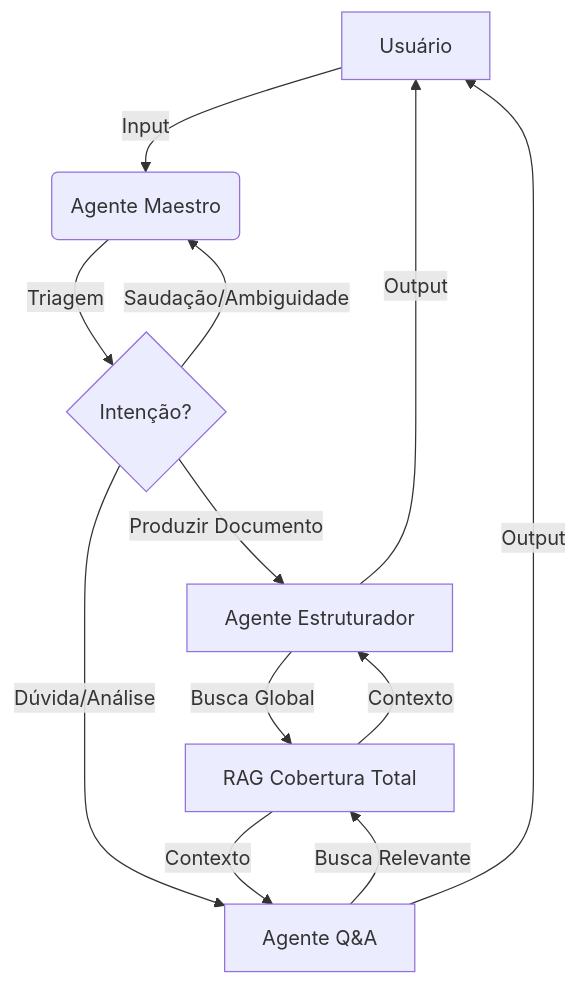
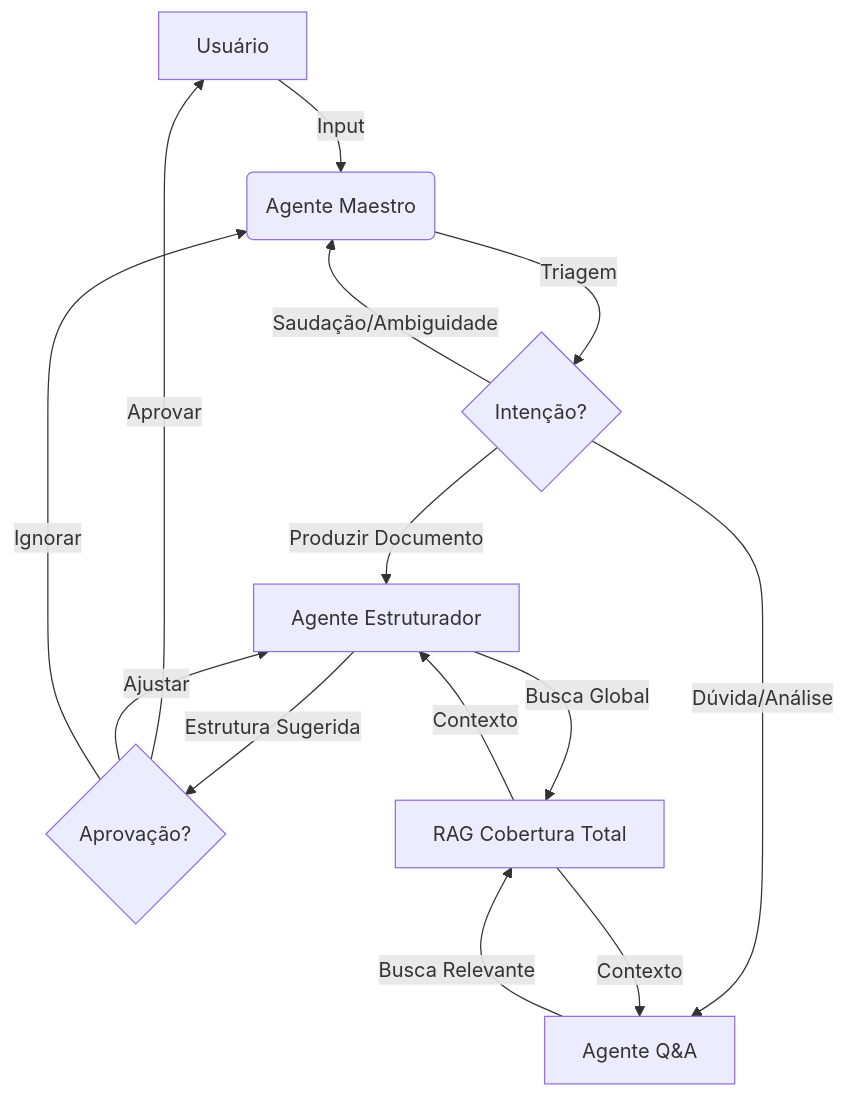
The diagram in README.md (rodrigoassis1996/oraculo-academico), drawn with Mermaid before and after one commit. The commit also changed other lines of this file and 3 other files, not shown here.

````diff
--- a/README.md
+++ b/README.md
@@ -19,17 +21,19 @@
 ```mermaid
 graph TD
     A[Usuário] -->|Input| B(Agente Maestro)
     B -->|Triagem| C{Intenção?}
     C -->|Saudação/Ambiguidade| B
     C -->|Produzir Documento| D[Agente Estruturador]
     C -->|Dúvida/Análise| E[Agente Q&A]
     
+    D -->|Estrutura Sugerida| G{Aprovação?}
+    G -->|Aprovar| A
+    G -->|Ajustar| D
+    G -->|Ignorar| B
+    
     D -->|Busca Global| F[RAG Cobertura Total]
     E -->|Busca Relevante| F
     
     F -->|Contexto| D
     F -->|Contexto| E
-    
-    D -->|Output| A
-    E -->|Output| A
 ```
````
